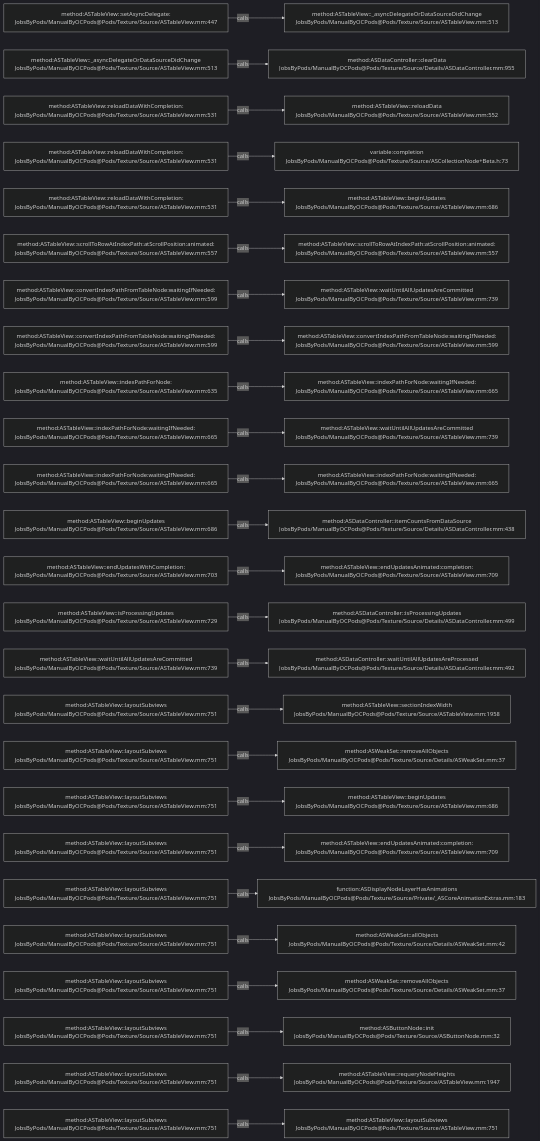
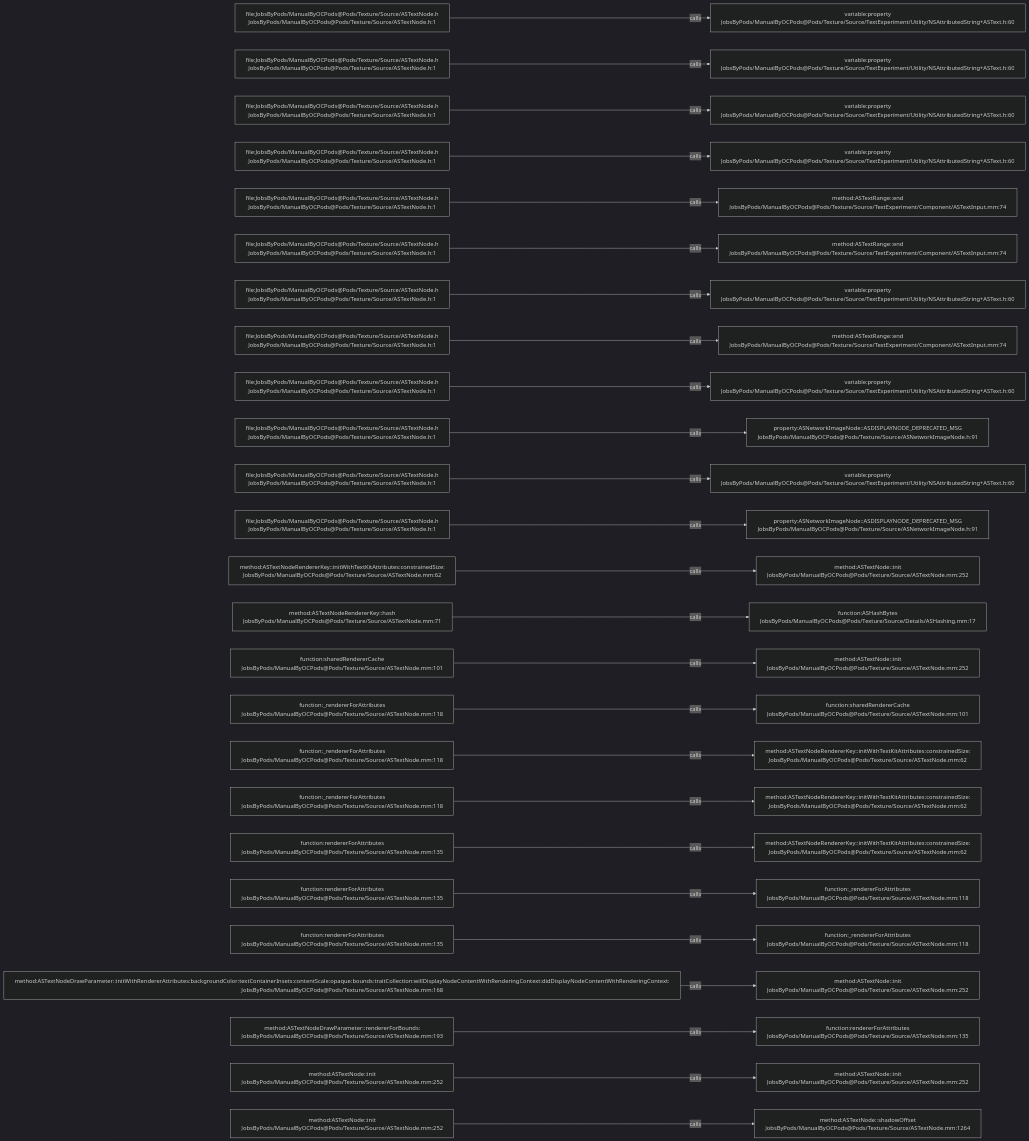
The diagram in .codegraph/codegraph.md/graphs/calls-125.md (JobsKits/JobsOCBaseConfigDemo), drawn with Mermaid (dark theme) before and after one commit. The commit also changed 1448 other files, not shown here.

````diff
--- a/.codegraph/codegraph.md/graphs/calls-125.md
+++ b/.codegraph/codegraph.md/graphs/calls-125.md
@@ -13,78 +13,78 @@
 ```mermaid
 flowchart LR
-  S1["method:ASTableView::setAsyncDelegate:<br/>JobsByPods/ManualByOCPods@Pods/Texture/Source/ASTableView.mm:447"]
-  T1["method:ASTableView::_asyncDelegateOrDataSourceDidChange<br/>JobsByPods/ManualByOCPods@Pods/Texture/Source/ASTableView.mm:513"]
+  S1["file:JobsByPods/ManualByOCPods@Pods/Texture/Source/ASTextNode.h<br/>JobsByPods/ManualByOCPods@Pods/Texture/Source/ASTextNode.h:1"]
+  T1["variable:property<br/>JobsByPods/ManualByOCPods@Pods/Texture/Source/TextExperiment/Utility/NSAttributedString+ASText.h:60"]
   S1 -->|calls| T1
-  S2["method:ASTableView::_asyncDelegateOrDataSourceDidChange<br/>JobsByPods/ManualByOCPods@Pods/Texture/Source/ASTableView.mm:513"]
-  T2["method:ASDataController::clearData<br/>JobsByPods/ManualByOCPods@Pods/Texture/Source/Details/ASDataController.mm:955"]
+  S2["file:JobsByPods/ManualByOCPods@Pods/Texture/Source/ASTextNode.h<br/>JobsByPods/ManualByOCPods@Pods/Texture/Source/ASTextNode.h:1"]
+  T2["variable:property<br/>JobsByPods/ManualByOCPods@Pods/Texture/Source/TextExperiment/Utility/NSAttributedString+ASText.h:60"]
   S2 -->|calls| T2
-  S3["method:ASTableView::reloadDataWithCompletion:<br/>JobsByPods/ManualByOCPods@Pods/Texture/Source/ASTableView.mm:531"]
-  T3["method:ASTableView::reloadData<br/>JobsByPods/ManualByOCPods@Pods/Texture/Source/ASTableView.mm:552"]
+  S3["file:JobsByPods/ManualByOCPods@Pods/Texture/Source/ASTextNode.h<br/>JobsByPods/ManualByOCPods@Pods/Texture/Source/ASTextNode.h:1"]
+  T3["variable:property<br/>JobsByPods/ManualByOCPods@Pods/Texture/Source/TextExperiment/Utility/NSAttributedString+ASText.h:60"]
   S3 -->|calls| T3
-  S4["method:ASTableView::reloadDataWithCompletion:<br/>JobsByPods/ManualByOCPods@Pods/Texture/Source/ASTableView.mm:531"]
-  T4["variable:completion<br/>JobsByPods/ManualByOCPods@Pods/Texture/Source/ASCollectionNode+Beta.h:73"]
+  S4["file:JobsByPods/ManualByOCPods@Pods/Texture/Source/ASTextNode.h<br/>JobsByPods/ManualByOCPods@Pods/Texture/Source/ASTextNode.h:1"]
+  T4["variable:property<br/>JobsByPods/ManualByOCPods@Pods/Texture/Source/TextExperiment/Utility/NSAttributedString+ASText.h:60"]
   S4 -->|calls| T4
-  S5["method:ASTableView::reloadDataWithCompletion:<br/>JobsByPods/ManualByOCPods@Pods/Texture/Source/ASTableView.mm:531"]
-  T5["method:ASTableView::beginUpdates<br/>JobsByPods/ManualByOCPods@Pods/Texture/Source/ASTableView.mm:686"]
+  S5["file:JobsByPods/ManualByOCPods@Pods/Texture/Source/ASTextNode.h<br/>JobsByPods/ManualByOCPods@Pods/Texture/Source/ASTextNode.h:1"]
+  T5["method:ASTextRange::end<br/>JobsByPods/ManualByOCPods@Pods/Texture/Source/TextExperiment/Component/ASTextInput.mm:74"]
   S5 -->|calls| T5
-  S6["method:ASTableView::scrollToRowAtIndexPath:atScrollPosition:animated:<br/>JobsByPods/ManualByOCPods@Pods/Texture/Source/ASTableView.mm:557"]
-  T6["method:ASTableView::scrollToRowAtIndexPath:atScrollPosition:animated:<br/>JobsByPods/ManualByOCPods@Pods/Texture/Source/ASTableView.mm:557"]
+  S6["file:JobsByPods/ManualByOCPods@Pods/Texture/Source/ASTextNode.h<br/>JobsByPods/ManualByOCPods@Pods/Texture/Source/ASTextNode.h:1"]
+  T6["method:ASTextRange::end<br/>JobsByPods/ManualByOCPods@Pods/Texture/Source/TextExperiment/Component/ASTextInput.mm:74"]
   S6 -->|calls| T6
-  S7["method:ASTableView::convertIndexPathFromTableNode:waitingIfNeeded:<br/>JobsByPods/ManualByOCPods@Pods/Texture/Source/ASTableView.mm:599"]
-  T7["method:ASTableView::waitUntilAllUpdatesAreCommitted<br/>JobsByPods/ManualByOCPods@Pods/Texture/Source/ASTableView.mm:739"]
+  S7["file:JobsByPods/ManualByOCPods@Pods/Texture/Source/ASTextNode.h<br/>JobsByPods/ManualByOCPods@Pods/Texture/Source/ASTextNode.h:1"]
+  T7["variable:property<br/>JobsByPods/ManualByOCPods@Pods/Texture/Source/TextExperiment/Utility/NSAttributedString+ASText.h:60"]
   S7 -->|calls| T7
-  S8["method:ASTableView::convertIndexPathFromTableNode:waitingIfNeeded:<br/>JobsByPods/ManualByOCPods@Pods/Texture/Source/ASTableView.mm:599"]
-  T8["method:ASTableView::convertIndexPathFromTableNode:waitingIfNeeded:<br/>JobsByPods/ManualByOCPods@Pods/Texture/Source/ASTableView.mm:599"]
+  S8["file:JobsByPods/ManualByOCPods@Pods/Texture/Source/ASTextNode.h<br/>JobsByPods/ManualByOCPods@Pods/Texture/Source/ASTextNode.h:1"]
+  T8["method:ASTextRange::end<br/>JobsByPods/ManualByOCPods@Pods/Texture/Source/TextExperiment/Component/ASTextInput.mm:74"]
   S8 -->|calls| T8
-  S9["method:ASTableView::indexPathForNode:<br/>JobsByPods/ManualByOCPods@Pods/Texture/Source/ASTableView.mm:635"]
-  T9["method:ASTableView::indexPathForNode:waitingIfNeeded:<br/>JobsByPods/ManualByOCPods@Pods/Texture/Source/ASTableView.mm:665"]
+  S9["file:JobsByPods/ManualByOCPods@Pods/Texture/Source/ASTextNode.h<br/>JobsByPods/ManualByOCPods@Pods/Texture/Source/ASTextNode.h:1"]
+  T9["variable:property<br/>JobsByPods/ManualByOCPods@Pods/Texture/Source/TextExperiment/Utility/NSAttributedString+ASText.h:60"]
   S9 -->|calls| T9
-  S10["method:ASTableView::indexPathForNode:waitingIfNeeded:<br/>JobsByPods/ManualByOCPods@Pods/Texture/Source/ASTableView.mm:665"]
-  T10["method:ASTableView::waitUntilAllUpdatesAreCommitted<br/>JobsByPods/ManualByOCPods@Pods/Texture/Source/ASTableView.mm:739"]
+  S10["file:JobsByPods/ManualByOCPods@Pods/Texture/Source/ASTextNode.h<br/>JobsByPods/ManualByOCPods@Pods/Texture/Source/ASTextNode.h:1"]
+  T10["property:ASNetworkImageNode::ASDISPLAYNODE_DEPRECATED_MSG<br/>JobsByPods/ManualByOCPods@Pods/Texture/Source/ASNetworkImageNode.h:91"]
   S10 -->|calls| T10
-  S11["method:ASTableView::indexPathForNode:waitingIfNeeded:<br/>JobsByPods/ManualByOCPods@Pods/Texture/Source/ASTableView.mm:665"]
-  T11["method:ASTableView::indexPathForNode:waitingIfNeeded:<br/>JobsByPods/ManualByOCPods@Pods/Texture/Source/ASTableView.mm:665"]
+  S11["file:JobsByPods/ManualByOCPods@Pods/Texture/Source/ASTextNode.h<br/>JobsByPods/ManualByOCPods@Pods/Texture/Source/ASTextNode.h:1"]
+  T11["variable:property<br/>JobsByPods/ManualByOCPods@Pods/Texture/Source/TextExperiment/Utility/NSAttributedString+ASText.h:60"]
   S11 -->|calls| T11
-  S12["method:ASTableView::beginUpdates<br/>JobsByPods/ManualByOCPods@Pods/Texture/Source/ASTableView.mm:686"]
-  T12["method:ASDataController::itemCountsFromDataSource<br/>JobsByPods/ManualByOCPods@Pods/Texture/Source/Details/ASDataController.mm:438"]
+  S12["file:JobsByPods/ManualByOCPods@Pods/Texture/Source/ASTextNode.h<br/>JobsByPods/ManualByOCPods@Pods/Texture/Source/ASTextNode.h:1"]
+  T12["property:ASNetworkImageNode::ASDISPLAYNODE_DEPRECATED_MSG<br/>JobsByPods/ManualByOCPods@Pods/Texture/Source/ASNetworkImageNode.h:91"]
   S12 -->|calls| T12
-  S13["method:ASTableView::endUpdatesWithCompletion:<br/>JobsByPods/ManualByOCPods@Pods/Texture/Source/ASTableView.mm:703"]
-  T13["method:ASTableView::endUpdatesAnimated:completion:<br/>JobsByPods/ManualByOCPods@Pods/Texture/Source/ASTableView.mm:709"]
+  S13["method:ASTextNodeRendererKey::initWithTextKitAttributes:constrainedSize:<br/>JobsByPods/ManualByOCPods@Pods/Texture/Source/ASTextNode.mm:62"]
+  T13["method:ASTextNode::init<br/>JobsByPods/ManualByOCPods@Pods/Texture/Source/ASTextNode.mm:252"]
   S13 -->|calls| T13
-  S14["method:ASTableView::isProcessingUpdates<br/>JobsByPods/ManualByOCPods@Pods/Texture/Source/ASTableView.mm:729"]
-  T14["method:ASDataController::isProcessingUpdates<br/>JobsByPods/ManualByOCPods@Pods/Texture/Source/Details/ASDataController.mm:499"]
+  S14["method:ASTextNodeRendererKey::hash<br/>JobsByPods/ManualByOCPods@Pods/Texture/Source/ASTextNode.mm:71"]
+  T14["function:ASHashBytes<br/>JobsByPods/ManualByOCPods@Pods/Texture/Source/Details/ASHashing.mm:17"]
   S14 -->|calls| T14
-  S15["method:ASTableView::waitUntilAllUpdatesAreCommitted<br/>JobsByPods/ManualByOCPods@Pods/Texture/Source/ASTableView.mm:739"]
-  T15["method:ASDataController::waitUntilAllUpdatesAreProcessed<br/>JobsByPods/ManualByOCPods@Pods/Texture/Source/Details/ASDataController.mm:492"]
+  S15["function:sharedRendererCache<br/>JobsByPods/ManualByOCPods@Pods/Texture/Source/ASTextNode.mm:101"]
+  T15["method:ASTextNode::init<br/>JobsByPods/ManualByOCPods@Pods/Texture/Source/ASTextNode.mm:252"]
   S15 -->|calls| T15
-  S16["method:ASTableView::layoutSubviews<br/>JobsByPods/ManualByOCPods@Pods/Texture/Source/ASTableView.mm:751"]
-  T16["method:ASTableView::sectionIndexWidth<br/>JobsByPods/ManualByOCPods@Pods/Texture/Source/ASTableView.mm:1958"]
+  S16["function:_rendererForAttributes<br/>JobsByPods/ManualByOCPods@Pods/Texture/Source/ASTextNode.mm:118"]
+  T16["function:sharedRendererCache<br/>JobsByPods/ManualByOCPods@Pods/Texture/Source/ASTextNode.mm:101"]
   S16 -->|calls| T16
-  S17["method:ASTableView::layoutSubviews<br/>JobsByPods/ManualByOCPods@Pods/Texture/Source/ASTableView.mm:751"]
-  T17["method:ASWeakSet::removeAllObjects<br/>JobsByPods/ManualByOCPods@Pods/Texture/Source/Details/ASWeakSet.mm:37"]
+  S17["function:_rendererForAttributes<br/>JobsByPods/ManualByOCPods@Pods/Texture/Source/ASTextNode.mm:118"]
+  T17["method:ASTextNodeRendererKey::initWithTextKitAttributes:constrainedSize:<br/>JobsByPods/ManualByOCPods@Pods/Texture/Source/ASTextNode.mm:62"]
   S17 -->|calls| T17
-  S18["method:ASTableView::layoutSubviews<br/>JobsByPods/ManualByOCPods@Pods/Texture/Source/ASTableView.mm:751"]
-  T18["method:ASTableView::beginUpdates<br/>JobsByPods/ManualByOCPods@Pods/Texture/Source/ASTableView.mm:686"]
+  S18["function:_rendererForAttributes<br/>JobsByPods/ManualByOCPods@Pods/Texture/Source/ASTextNode.mm:118"]
+  T18["method:ASTextNodeRendererKey::initWithTextKitAttributes:constrainedSize:<br/>JobsByPods/ManualByOCPods@Pods/Texture/Source/ASTextNode.mm:62"]
   S18 -->|calls| T18
-  S19["method:ASTableView::layoutSubviews<br/>JobsByPods/ManualByOCPods@Pods/Texture/Source/ASTableView.mm:751"]
-  T19["method:ASTableView::endUpdatesAnimated:completion:<br/>JobsByPods/ManualByOCPods@Pods/Texture/Source/ASTableView.mm:709"]
+  S19["function:rendererForAttributes<br/>JobsByPods/ManualByOCPods@Pods/Texture/Source/ASTextNode.mm:135"]
+  T19["method:ASTextNodeRendererKey::initWithTextKitAttributes:constrainedSize:<br/>JobsByPods/ManualByOCPods@Pods/Texture/Source/ASTextNode.mm:62"]
   S19 -->|calls| T19
-  S20["method:ASTableView::layoutSubviews<br/>JobsByPods/ManualByOCPods@Pods/Texture/Source/ASTableView.mm:751"]
-  T20["function:ASDisplayNodeLayerHasAnimations<br/>JobsByPods/ManualByOCPods@Pods/Texture/Source/Private/_ASCoreAnimationExtras.mm:183"]
+  S20["function:rendererForAttributes<br/>JobsByPods/ManualByOCPods@Pods/Texture/Source/ASTextNode.mm:135"]
+  T20["function:_rendererForAttributes<br/>JobsByPods/ManualByOCPods@Pods/Texture/Source/ASTextNode.mm:118"]
   S20 -->|calls| T20
-  S21["method:ASTableView::layoutSubviews<br/>JobsByPods/ManualByOCPods@Pods/Texture/Source/ASTableView.mm:751"]
-  T21["method:ASWeakSet::allObjects<br/>JobsByPods/ManualByOCPods@Pods/Texture/Source/Details/ASWeakSet.mm:42"]
+  S21["function:rendererForAttributes<br/>JobsByPods/ManualByOCPods@Pods/Texture/Source/ASTextNode.mm:135"]
+  T21["function:_rendererForAttributes<br/>JobsByPods/ManualByOCPods@Pods/Texture/Source/ASTextNode.mm:118"]
   S21 -->|calls| T21
-  S22["method:ASTableView::layoutSubviews<br/>JobsByPods/ManualByOCPods@Pods/Texture/Source/ASTableView.mm:751"]
-  T22["method:ASWeakSet::removeAllObjects<br/>JobsByPods/ManualByOCPods@Pods/Texture/Source/Details/ASWeakSet.mm:37"]
+  S22["method:ASTextNodeDrawParameter::initWithRendererAttributes:backgroundColor:textContainerInsets:contentScale:opaque:bounds:traitCollection:willDisplayNodeContentWithRenderingContext:didDisplayNodeContentWithRenderingContext:<br/>JobsByPods/ManualByOCPods@Pods/Texture/Source/ASTextNode.mm:168"]
+  T22["method:ASTextNode::init<br/>JobsByPods/ManualByOCPods@Pods/Texture/Source/ASTextNode.mm:252"]
   S22 -->|calls| T22
-  S23["method:ASTableView::layoutSubviews<br/>JobsByPods/ManualByOCPods@Pods/Texture/Source/ASTableView.mm:751"]
-  T23["method:ASButtonNode::init<br/>JobsByPods/ManualByOCPods@Pods/Texture/Source/ASButtonNode.mm:32"]
+  S23["method:ASTextNodeDrawParameter::rendererForBounds:<br/>JobsByPods/ManualByOCPods@Pods/Texture/Source/ASTextNode.mm:193"]
+  T23["function:rendererForAttributes<br/>JobsByPods/ManualByOCPods@Pods/Texture/Source/ASTextNode.mm:135"]
   S23 -->|calls| T23
-  S24["method:ASTableView::layoutSubviews<br/>JobsByPods/ManualByOCPods@Pods/Texture/Source/ASTableView.mm:751"]
-  T24["method:ASTableView::requeryNodeHeights<br/>JobsByPods/ManualByOCPods@Pods/Texture/Source/ASTableView.mm:1947"]
+  S24["method:ASTextNode::init<br/>JobsByPods/ManualByOCPods@Pods/Texture/Source/ASTextNode.mm:252"]
+  T24["method:ASTextNode::init<br/>JobsByPods/ManualByOCPods@Pods/Texture/Source/ASTextNode.mm:252"]
   S24 -->|calls| T24
-  S25["method:ASTableView::layoutSubviews<br/>JobsByPods/ManualByOCPods@Pods/Texture/Source/ASTableView.mm:751"]
-  T25["method:ASTableView::layoutSubviews<br/>JobsByPods/ManualByOCPods@Pods/Texture/Source/ASTableView.mm:751"]
+  S25["method:ASTextNode::init<br/>JobsByPods/ManualByOCPods@Pods/Texture/Source/ASTextNode.mm:252"]
+  T25["method:ASTextNode::shadowOffset<br/>JobsByPods/ManualByOCPods@Pods/Texture/Source/ASTextNode.mm:1264"]
   S25 -->|calls| T25
 ```
````
